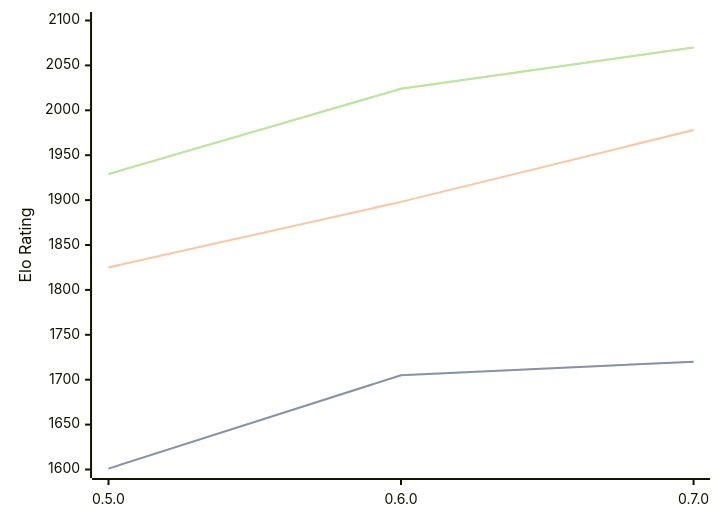
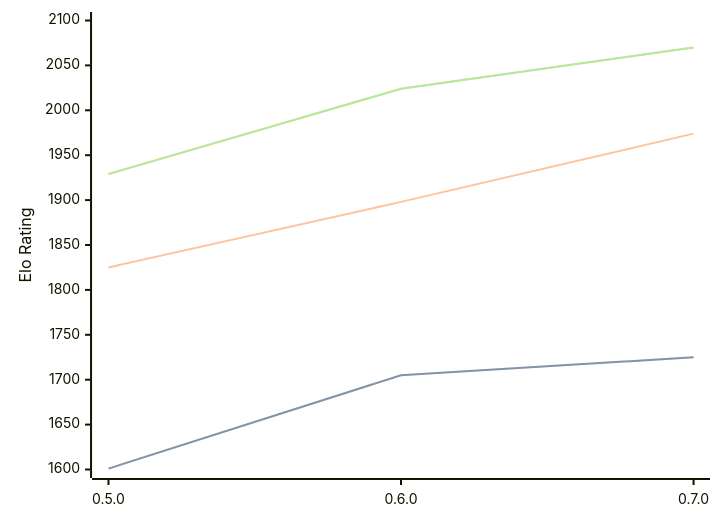
One commit to computer-chess-index/cci changed the diagram in engines/Chess-rs.md. Above: the diagram before and after it, drawn with Mermaid. The commit also changed other lines of this file, not shown here.

Commit message:
Update CCI Ratings (ELO VLTC) - 2026-02-19

````diff
--- a/engines/Chess-rs.md
+++ b/engines/Chess-rs.md
@@ -38,11 +38,11 @@
 ```mermaid
 %%{init: {"theme":"base","themeVariables":{"seriesColors:['#a3a3a3','#222221','#faa371']}}}%%
 xychart-beta
   x-axis ["0.5.0", "0.6.0", "0.7.0"]
   y-axis "Elo Rating" 1600 --> 2100
-  line "STC (8.0+0.08s)" [1601, 1705, 1720]
-  line "STC (8.0+0.08s)" [1601, 1705, 1720]
-  line "LTC (60.0+0.60s)" [1825, 1898, 1978]
+  line "STC (8.0+0.08s)" [1601, 1705, 1725]
+  line "STC (8.0+0.08s)" [1601, 1705, 1725]
+  line "LTC (60.0+0.60s)" [1825, 1898, 1974]
   line "VLTC (2m24s+1.12s)" [1929, 2024, 2070]
   line "VLTC (2m24s+1.12s)" [1929, 2024, 2070]
 ```
````
